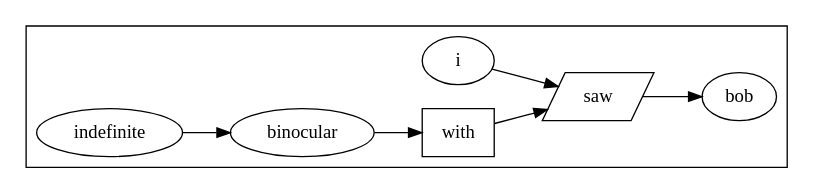
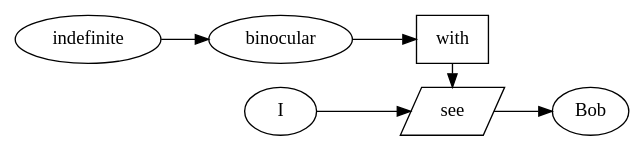
Before and after one commit to Mome/treepattern: the diagram in paper/images/step_example_4.dot, drawn with Graphviz. The commit also changed 8 other files, not shown here.

```diff
--- a/paper/images/step_example_4.dot
+++ b/paper/images/step_example_4.dot
@@ -1,17 +1,19 @@
 digraph{
 rankdir=LR
 compound=true
-subgraph cluster3011530028{
-  N3011551980 [ label="i", shape=ellipse ]
-  N3011552076 [ label="saw", shape=parallelogram ]
-  N3011552140 [ label="bob", shape=ellipse ]
-  N3011552268 [ label="with", shape=polygon ]
-  N0 [ label="indefinite", shape=ellipse ]
-  N3011552396 [ label="binocular", shape=ellipse ]
-}
+
+{rank=same; N3011552268 N3011552076}
+
+N3011551980 [ label="I", shape=ellipse ]
+N3011552076 [ label="see", shape=parallelogram ]
+N3011552140 [ label="Bob", shape=ellipse ]
+N3011552268 [ label="with", shape=polygon ]
+N0 [ label="indefinite", shape=ellipse ]
+N3011552396 [ label="binocular", shape=ellipse ]
+
 N3011551980 -> N3011552076
 N3011552076 -> N3011552140
 N3011552268 -> N3011552076
 N0 -> N3011552396
 N3011552396 -> N3011552268
 }
```
